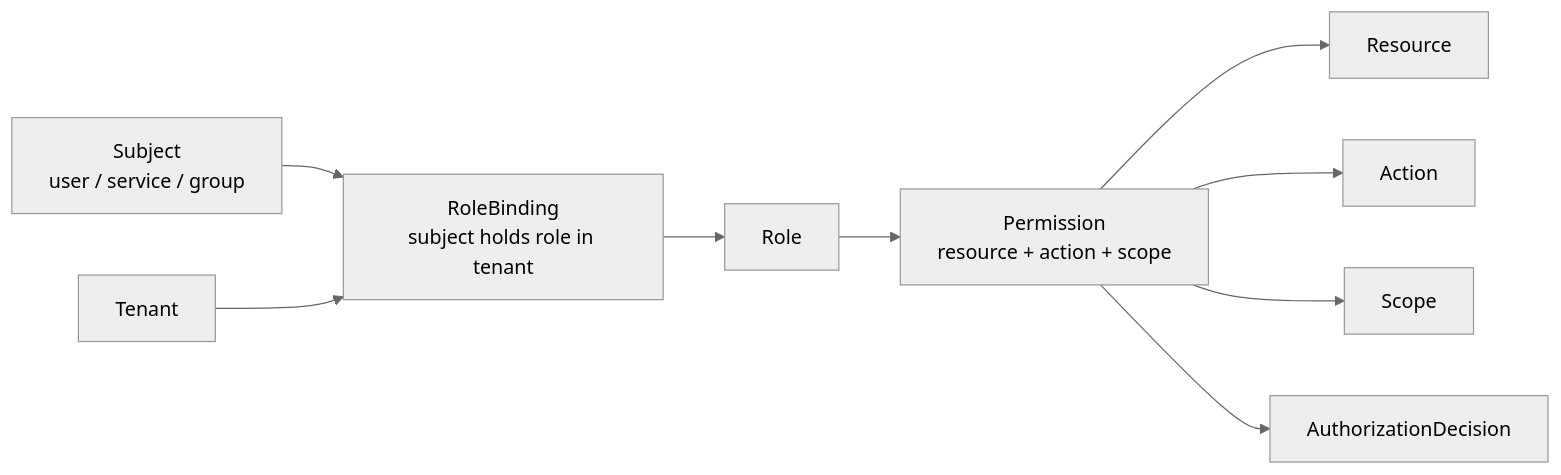
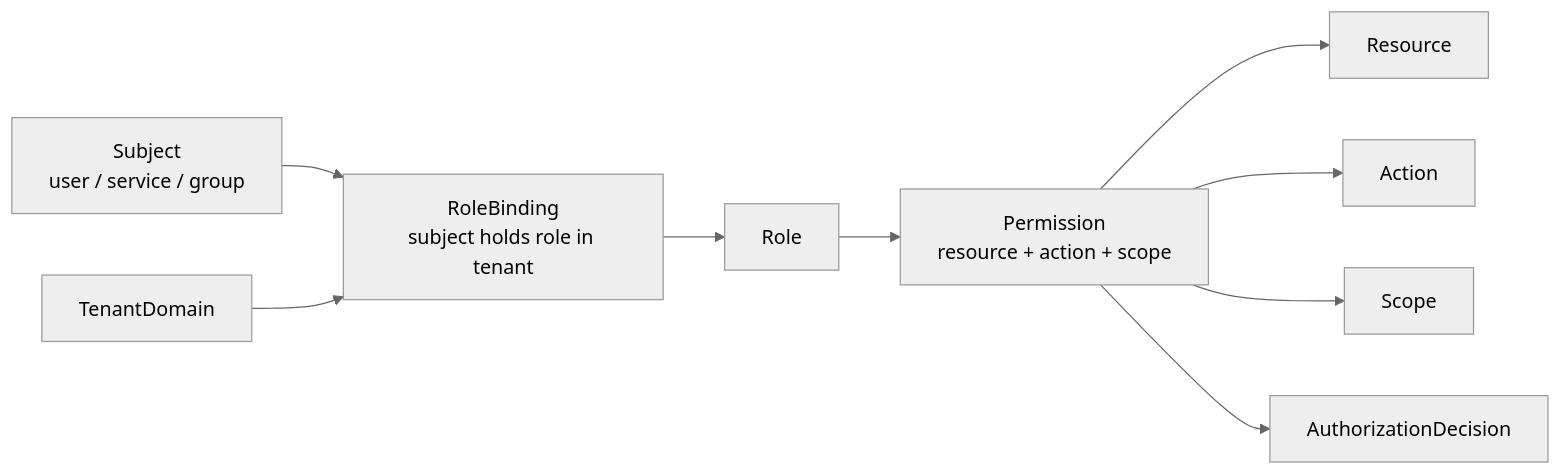
Before and after one commit to FangcunMount/iam: diagram 13 of 35 in docs/07-宣讲/12-架构图素材索引.md, drawn with Mermaid (neutral theme). The commit also changed other lines of this file and 16 other files, not shown here.

````diff
--- a/docs/07-宣讲/12-架构图素材索引.md
+++ b/docs/07-宣讲/12-架构图素材索引.md
@@ -750,21 +768,21 @@
 ```mermaid
 flowchart LR
     Subject["Subject<br/>user / service / group"]
-    Tenant["Tenant"]
+    Tenant["TenantDomain"]
     RoleBinding["RoleBinding<br/>subject holds role in tenant"]
     Role["Role"]
     Permission["Permission<br/>resource + action + scope"]
     Resource["Resource"]
     Action["Action"]
     Scope["Scope"]
     Decision["AuthorizationDecision"]
 
     Subject --> RoleBinding
     Tenant --> RoleBinding
     RoleBinding --> Role
     Role --> Permission
     Permission --> Resource
     Permission --> Action
     Permission --> Scope
     Permission --> Decision
 ```
````
